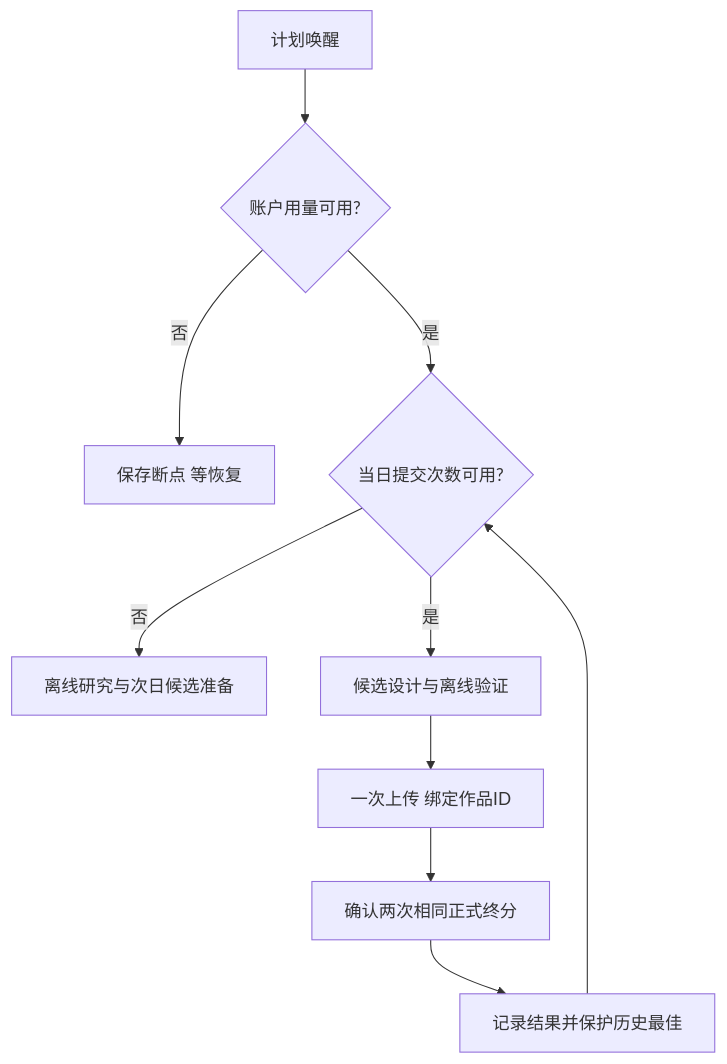
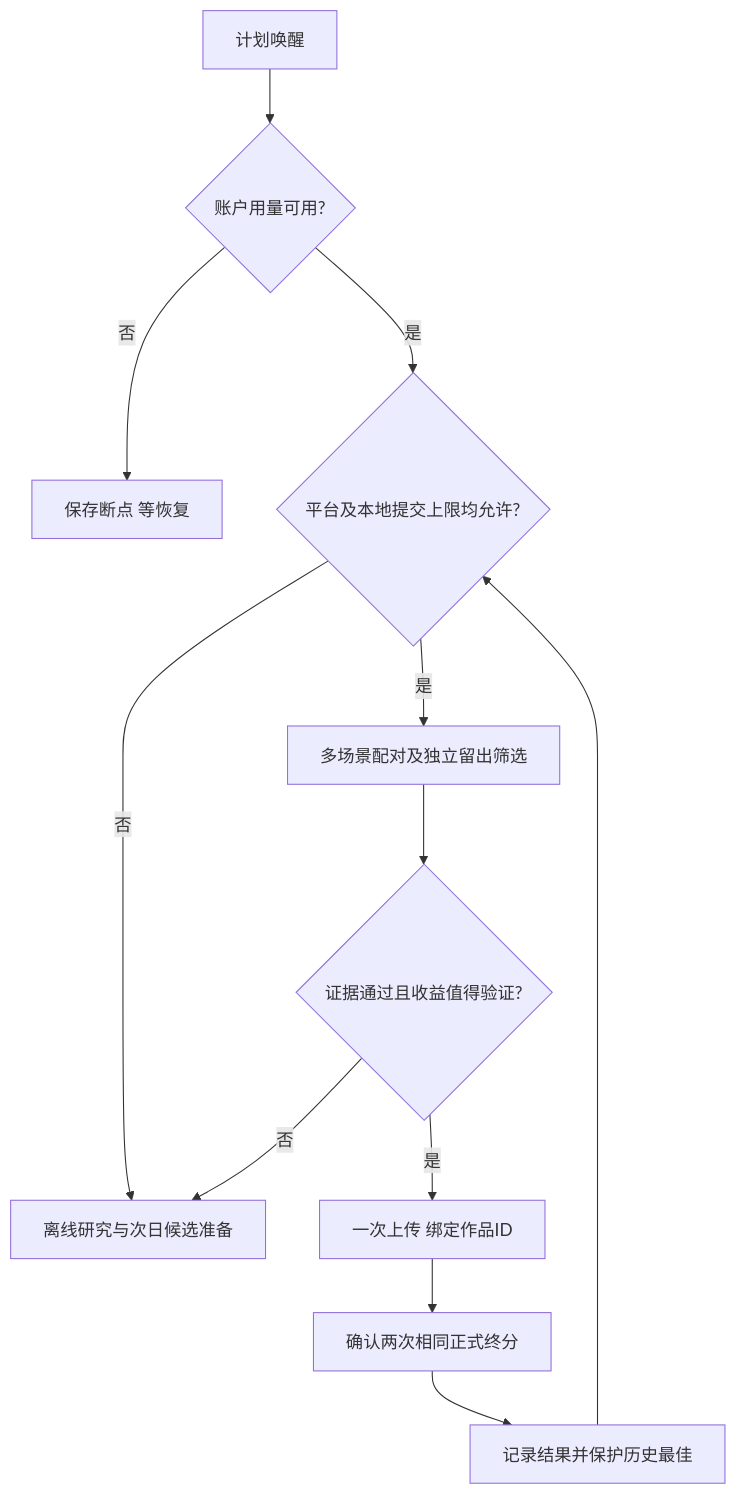
Before and after one commit to Z26C03Y25/Huawei-Embedded-Software-Competition-Algorithm-Group: the diagram in automation/README.md, drawn with Mermaid. The commit also changed other lines of this file and 926 other files, not shown here.

````diff
--- a/automation/README.md
+++ b/automation/README.md
@@ -21,12 +21,14 @@
 ```mermaid
 flowchart TD
     A[计划唤醒] --> B{账户用量可用?}
     B -->|否| C[保存断点 等恢复]
-    B -->|是| D{当日提交次数可用?}
+    B -->|是| D{平台及本地提交上限均允许?}
     D -->|否| E[离线研究与次日候选准备]
-    D -->|是| F[候选设计与离线验证]
-    F --> G[一次上传 绑定作品ID]
+    D -->|是| F[多场景配对及独立留出筛选]
+    F --> J{证据通过且收益值得验证?}
+    J -->|否| E
+    J -->|是| G[一次上传 绑定作品ID]
     G --> H[确认两次相同正式终分]
     H --> I[记录结果并保护历史最佳]
     I --> D
 ```
````
